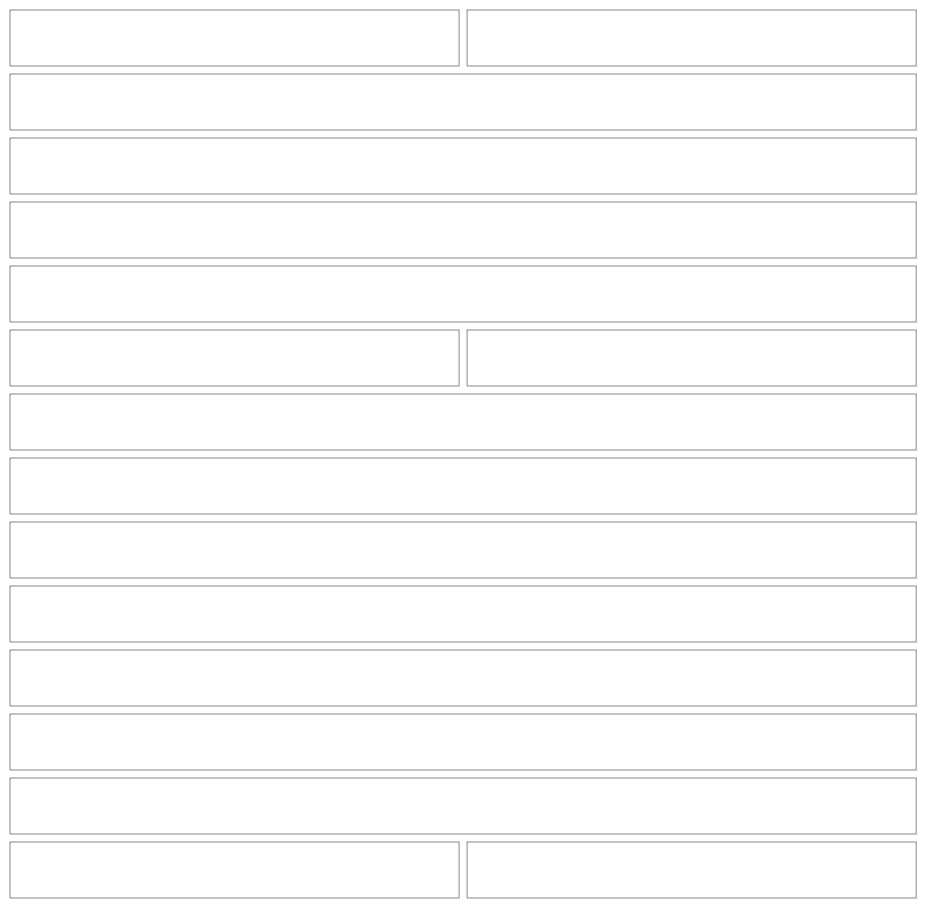
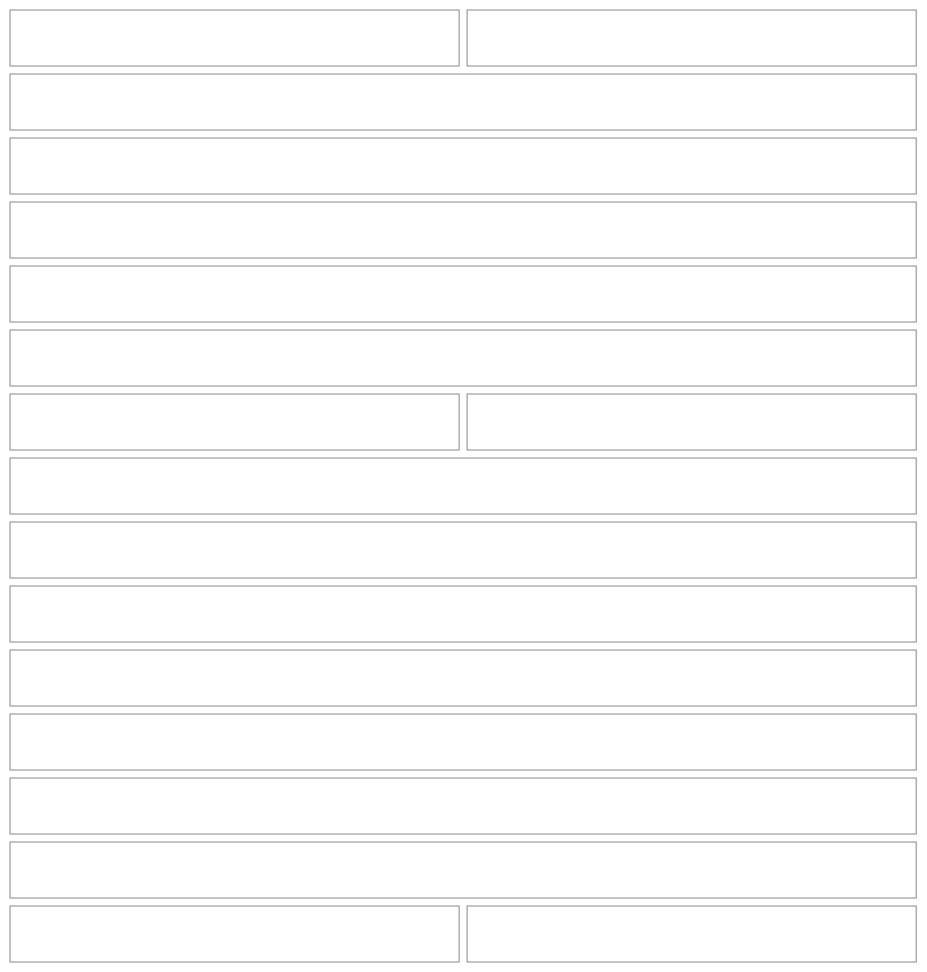
Before and after one commit to NovaMoonX/moondreams-dev-apps: diagram 21 of 57 in src/apps/pinch/UX.md, drawn with Mermaid. The commit also changed other lines of this file and 8 other files, not shown here.

First line of the commit message:
Pinch round 7: the recipe drawer names its source as a pill that shows the recipes from it

````diff
--- a/src/apps/pinch/UX.md
+++ b/src/apps/pinch/UX.md
@@ -701,39 +702,41 @@
 ```mermaid
 %%{init: {'theme': 'base', 'themeVariables': {'primaryColor': 'transparent', 'primaryBorderColor': '#888888', 'primaryTextColor': '#333333', 'lineColor': '#888888'}}}%%
 block-beta
   columns 2
   T1["Adobo chicken"]:1
   T1a["🕘  (a 40px icon on the title's line: Notes and history)"]:1
+  T1p["From Mom's recipe cards ›  (a soft pill, only with a source: shows the recipes from it)"]:2
   T1b["🖼️ (a 64px photo, only with a cover; opens it in place)  Sticky, tangy chicken thighs braised in soy and vinegar. (two lines, More)"]:2
   T2["4 servings · 45 min · $3.20+ per serving ⚠  (the cost only once something is priced)"]:2
   T7["INGREDIENTS (a count only past ten)"]:2
   T7b["— For the chicken — (group headings, only when the recipe has groups)"]:2
   T8["Chicken thighs<br/>No price yet (only in a partly priced recipe)"]:1
   T9["2 lb"]:1
   T10["STEPS"]:2
   T11["1. Marinate the chicken…"]:2
   C1["KEEPING IT (only when there is something to say)"]:2
   C2["🥛 Keeps 3 days in the fridge · ❄️ Keeps 3 months in the freezer · ♨️ Reheat… · 💡 the tip"]:2
   T4["$12.80 so far · Cost · For 4 servings (no tile while nothing is priced)"]:2
   T6["Lime juice and 3 more need a price · Add prices   Not now"]:2
   T5["Per serving 🔥 495 · 💪 61g (when on)"]:2
   T12["Modify  ⋯"]:1
   T13["Plan it (Start cooking when it is on today's plan)"]:1
   style T1 fill:transparent,stroke:#888888,stroke-width:1px;
   style T1a fill:transparent,stroke:#888888,stroke-width:1px;
+  style T1p fill:transparent,stroke:#888888,stroke-width:1px;
   style T1b fill:transparent,stroke:#888888,stroke-width:1px;
   style T2 fill:transparent,stroke:#888888,stroke-width:1px;
   style T4 fill:transparent,stroke:#888888,stroke-width:1px;
   style T5 fill:transparent,stroke:#888888,stroke-width:1px;
   style T6 fill:transparent,stroke:#888888,stroke-width:1px;
   style T7 fill:transparent,stroke:#888888,stroke-width:1px;
   style T7b fill:transparent,stroke:#888888,stroke-width:1px;
   style T8 fill:transparent,stroke:#888888,stroke-width:1px;
   style T9 fill:transparent,stroke:#888888,stroke-width:1px;
   style T10 fill:transparent,stroke:#888888,stroke-width:1px;
   style T11 fill:transparent,stroke:#888888,stroke-width:1px;
   style C1 fill:transparent,stroke:#888888,stroke-width:1px;
   style C2 fill:transparent,stroke:#888888,stroke-width:1px;
   style T12 fill:transparent,stroke:#888888,stroke-width:1px;
   style T13 fill:transparent,stroke:#888888,stroke-width:1px;
 ```
````
